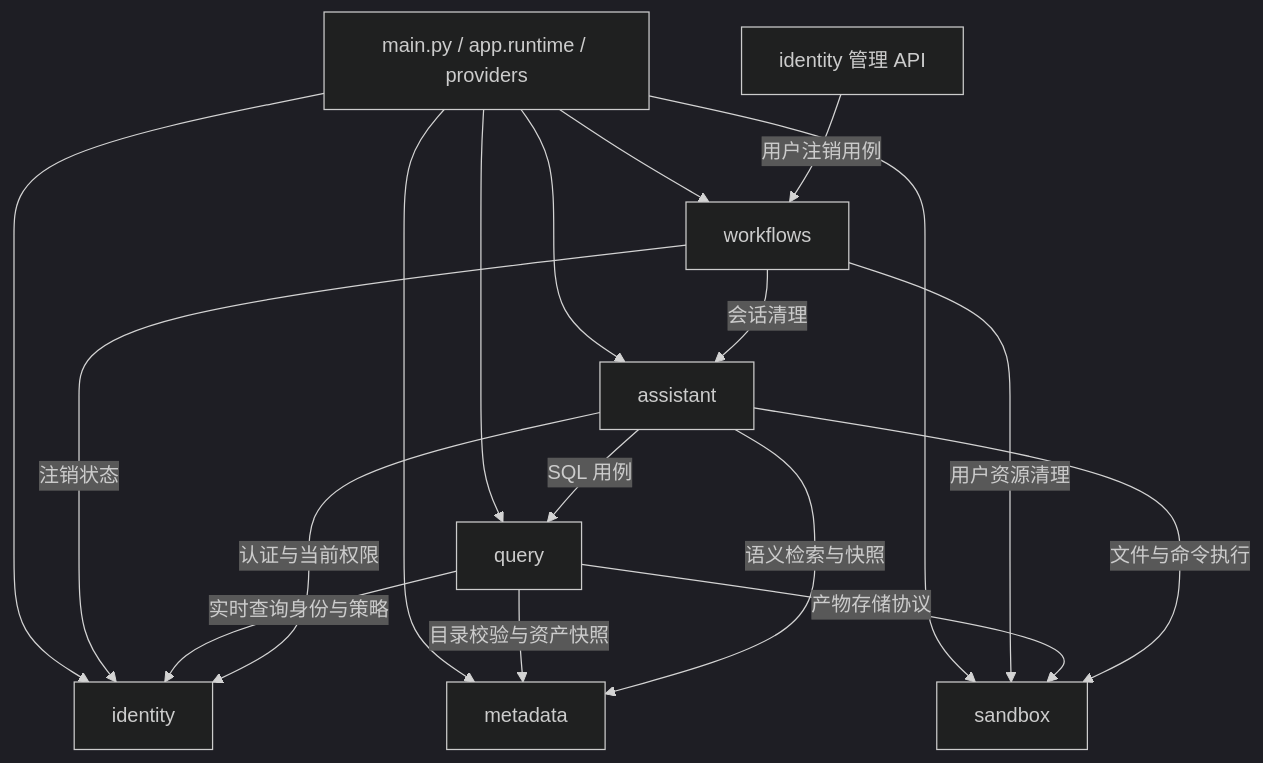
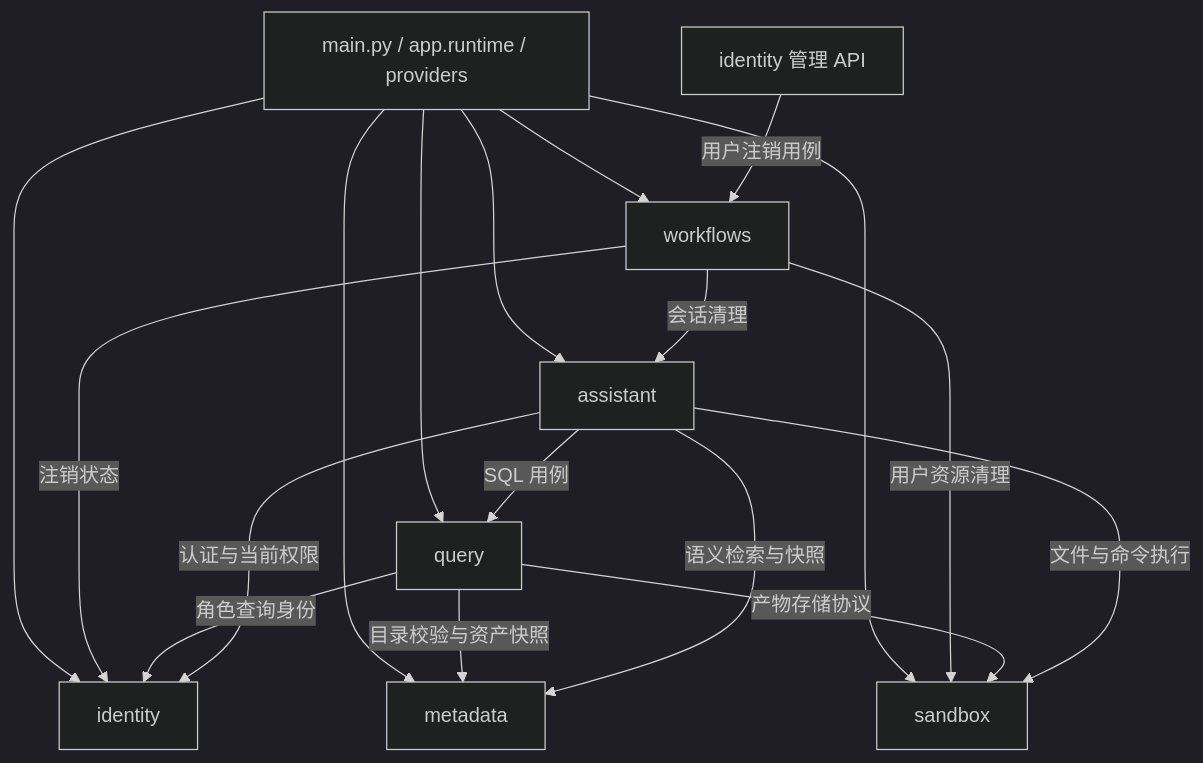
The second of 4 diagrams in docs/00_架构与协作总览.md (2739673455/dataagent), drawn with Mermaid (dark theme) before and after one commit. The commit also changed other lines of this file and 27 other files, not shown here.

````diff
--- a/docs/00_架构与协作总览.md
+++ b/docs/00_架构与协作总览.md
@@ -702,20 +694,20 @@
 ```mermaid
 flowchart TD
     ROOT[main.py / app.runtime / providers] --> ID[identity]
     ROOT --> META[metadata]
     ROOT --> QUERY[query]
     ROOT --> ASSIST[assistant]
     ROOT --> SANDBOX[sandbox]
     ROOT --> FLOW[workflows]
     IDAPI[identity 管理 API] -->|用户注销用例| FLOW
     FLOW -->|注销状态| ID
     FLOW -->|会话清理| ASSIST
     FLOW -->|用户资源清理| SANDBOX
-    QUERY -->|实时查询身份与策略| ID
+    QUERY -->|角色查询身份| ID
     QUERY -->|目录校验与资产快照| META
     QUERY -->|产物存储协议| SANDBOX
     ASSIST -->|认证与当前权限| ID
     ASSIST -->|语义检索与快照| META
     ASSIST -->|SQL 用例| QUERY
     ASSIST -->|文件与命令执行| SANDBOX
 ```
````
